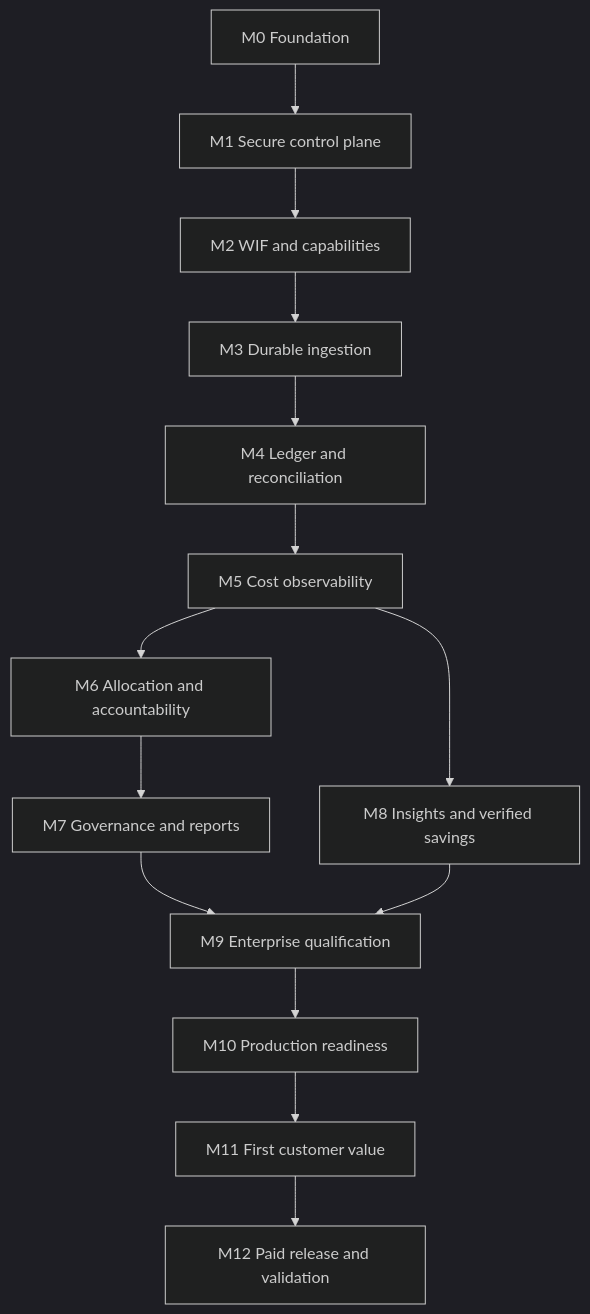
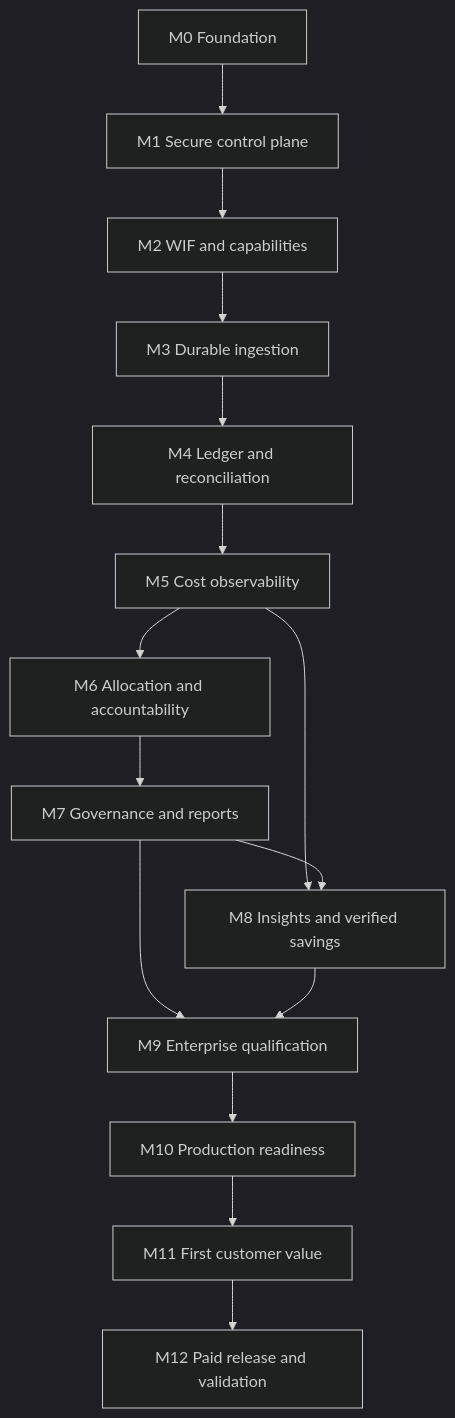
One commit to belaidcherfa/Data-Bridge-SaaS-SPECS-FULL changed the diagram in DEPENDENCY_GRAPH.md. Above: the diagram before and after it, drawn with Mermaid (dark theme). The commit also changed other lines of this file, not shown here.

````diff
--- a/DEPENDENCY_GRAPH.md
+++ b/DEPENDENCY_GRAPH.md
@@ -5,16 +5,17 @@
 ```mermaid
 flowchart TD
   M0["M0 Foundation"] --> M1["M1 Secure control plane"]
   M1 --> M2["M2 WIF and capabilities"]
   M2 --> M3["M3 Durable ingestion"]
   M3 --> M4["M4 Ledger and reconciliation"]
   M4 --> M5["M5 Cost observability"]
   M5 --> M6["M6 Allocation and accountability"]
   M6 --> M7["M7 Governance and reports"]
   M5 --> M8["M8 Insights and verified savings"]
+  M7 --> M8
   M7 --> M9["M9 Enterprise qualification"]
   M8 --> M9
   M9 --> M10["M10 Production readiness"]
   M10 --> M11["M11 First customer value"]
   M11 --> M12["M12 Paid release and validation"]
 ```
````
